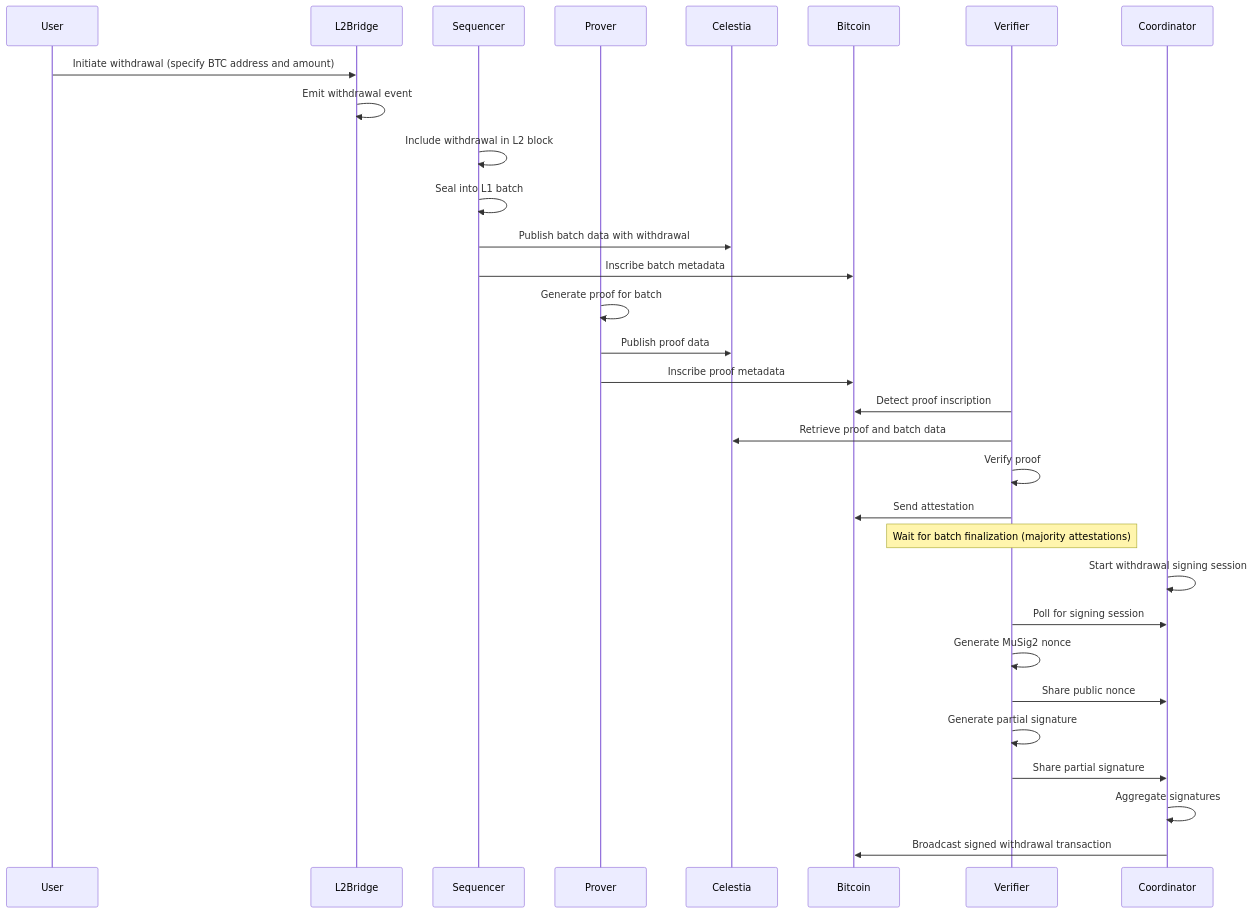
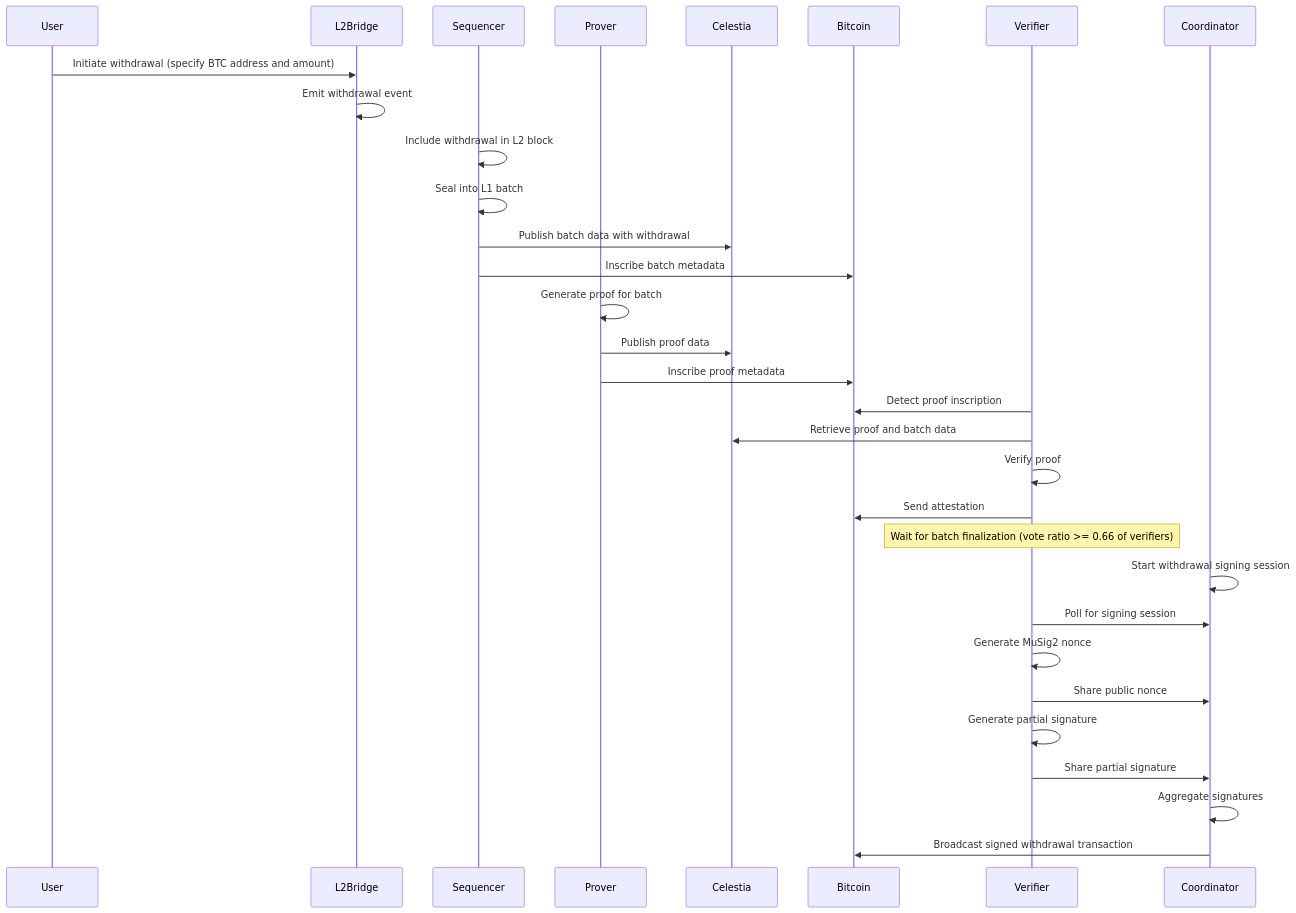
Before and after one commit to romanornr/via-core-docs: the fifth of 7 diagrams in workflow_analysis.md, drawn with Mermaid. The commit also changed other lines of this file and 8 other files, not shown here.

````diff
--- a/workflow_analysis.md
+++ b/workflow_analysis.md
@@ -362,34 +583,34 @@
 ```mermaid
 sequenceDiagram
     participant User
     participant L2Bridge
     participant Sequencer
     participant Prover
     participant Celestia
     participant Bitcoin
     participant Verifier
     participant Coordinator
 
     User->>L2Bridge: Initiate withdrawal (specify BTC address and amount)
     L2Bridge->>L2Bridge: Emit withdrawal event
     Sequencer->>Sequencer: Include withdrawal in L2 block
     Sequencer->>Sequencer: Seal into L1 batch
     Sequencer->>Celestia: Publish batch data with withdrawal
     Sequencer->>Bitcoin: Inscribe batch metadata
     Prover->>Prover: Generate proof for batch
     Prover->>Celestia: Publish proof data
     Prover->>Bitcoin: Inscribe proof metadata
     Verifier->>Bitcoin: Detect proof inscription
     Verifier->>Celestia: Retrieve proof and batch data
     Verifier->>Verifier: Verify proof
     Verifier->>Bitcoin: Send attestation
-    Note over Verifier: Wait for batch finalization (majority attestations)
+    Note over Verifier: Wait for batch finalization (vote ratio >= 0.66 of verifiers)
     Coordinator->>Coordinator: Start withdrawal signing session
     Verifier->>Coordinator: Poll for signing session
     Verifier->>Verifier: Generate MuSig2 nonce
     Verifier->>Coordinator: Share public nonce
     Verifier->>Verifier: Generate partial signature
     Verifier->>Coordinator: Share partial signature
     Coordinator->>Coordinator: Aggregate signatures
     Coordinator->>Bitcoin: Broadcast signed withdrawal transaction
 ```
````
